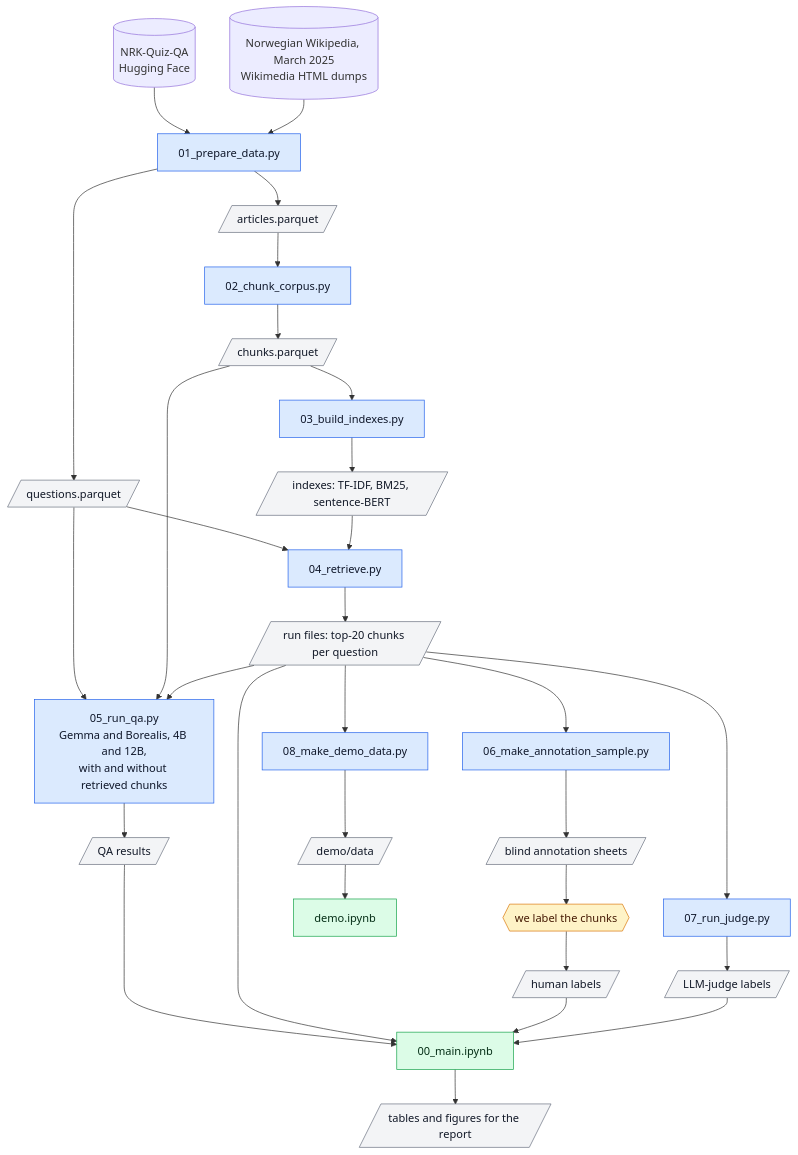
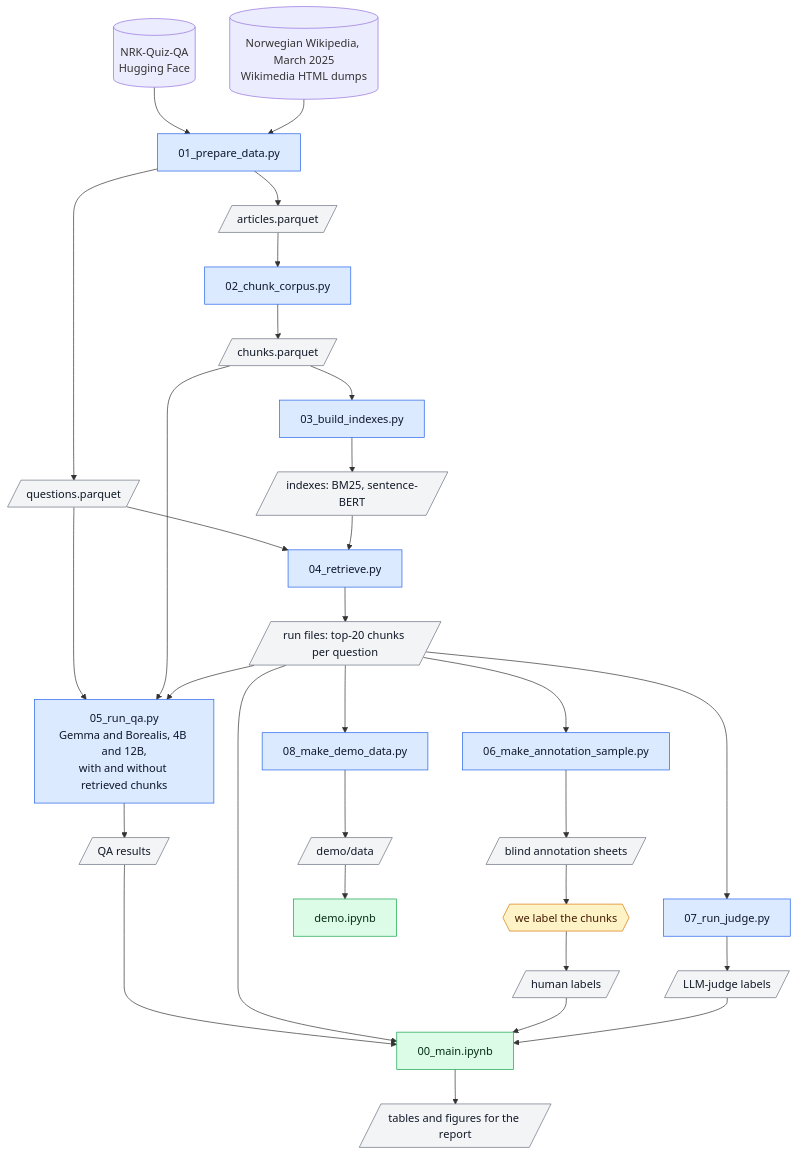
The diagram in README.md (Morttra/BBAN4040-spraakteknologi), drawn with Mermaid before and after one commit. The commit also changed other lines of this file and 12 other files, not shown here.

Commit message:
limited to sBERT and BM25, cut TF-IDF

````diff
--- a/README.md
+++ b/README.md
@@ -44,41 +44,41 @@
 ```mermaid
 flowchart TD
     NRK[("NRK-Quiz-QA<br/>Hugging Face")]
     WIKI[("Norwegian Wikipedia, March 2025<br/>Wikimedia HTML dumps")]
 
     NRK --> S01
     WIKI --> S01
     S01["01_prepare_data.py"] --> Q[/"questions.parquet"/]
     S01 --> A[/"articles.parquet"/]
     A --> S02["02_chunk_corpus.py"] --> C[/"chunks.parquet"/]
-    C --> S03["03_build_indexes.py"] --> I[/"indexes: TF-IDF, BM25, sentence-BERT"/]
+    C --> S03["03_build_indexes.py"] --> I[/"indexes: BM25, sentence-BERT"/]
     Q --> S04["04_retrieve.py"]
     I --> S04
     S04 --> R[/"run files: top-20 chunks per question"/]
 
     Q --> S05["05_run_qa.py<br/>Gemma and Borealis, 4B and 12B,<br/>with and without retrieved chunks"]
     C --> S05
     R --> S05
     S05 --> QA[/"QA results"/]
 
     R --> S06["06_make_annotation_sample.py"] --> SH[/"blind annotation sheets"/]
     SH --> H{{"we label the chunks"}} --> L[/"human labels"/]
     R --> S07["07_run_judge.py"] --> J[/"LLM-judge labels"/]
 
     QA --> M["00_main.ipynb"]
     R --> M
     L --> M
     J --> M
     M --> OUT[/"tables and figures for the report"/]
 
     R --> S08["08_make_demo_data.py"] --> D[/"demo/data"/] --> DEMO["demo.ipynb"]
 
     classDef script fill:#dbeafe,stroke:#2563eb,color:#0f172a
     classDef file fill:#f3f4f6,stroke:#6b7280,color:#111827
     classDef notebook fill:#dcfce7,stroke:#16a34a,color:#052e16
     classDef manual fill:#fef3c7,stroke:#d97706,color:#451a03
     class S01,S02,S03,S04,S05,S06,S07,S08 script
     class Q,A,C,I,R,QA,SH,L,J,OUT,D file
     class M,DEMO notebook
     class H manual
 ```
````
